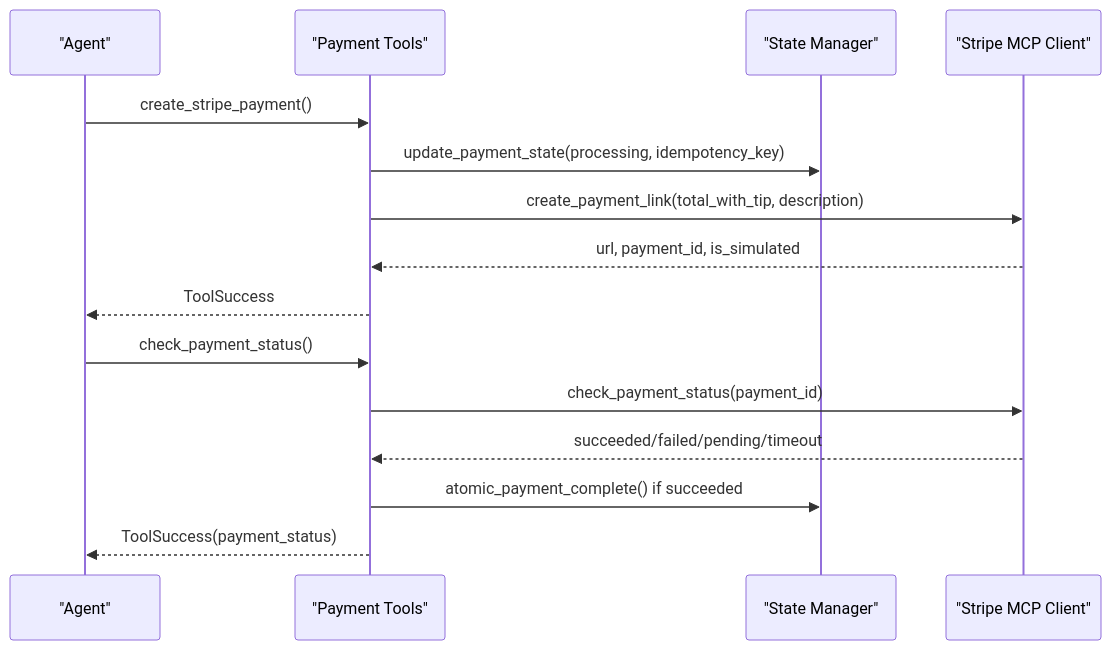
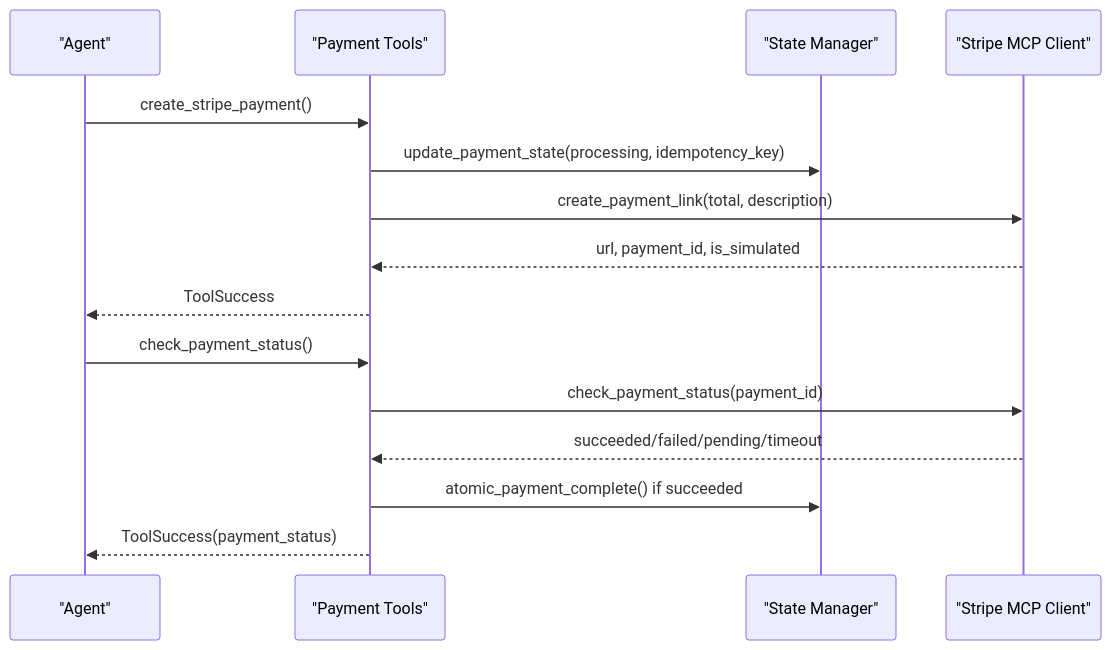
The fifth of 6 diagrams in .qoder/repowiki/en/content/Payment Processing System/Payment Workflow.md (MOK-5-ha/MayaMCP), drawn with Mermaid before and after one commit. The commit also changed other lines of this file and 27 other files, not shown here.

````diff
--- a/.qoder/repowiki/en/content/Payment Processing System/Payment Workflow.md
+++ b/.qoder/repowiki/en/content/Payment Processing System/Payment Workflow.md
@@ -244,17 +252,17 @@
 ```mermaid
 sequenceDiagram
 participant Agent as "Agent"
 participant Tools as "Payment Tools"
 participant State as "State Manager"
 participant Stripe as "Stripe MCP Client"
 Agent->>Tools : create_stripe_payment()
 Tools->>State : update_payment_state(processing, idempotency_key)
-Tools->>Stripe : create_payment_link(total_with_tip, description)
+Tools->>Stripe : create_payment_link(total, description)
 Stripe-->>Tools : url, payment_id, is_simulated
 Tools-->>Agent : ToolSuccess
 Agent->>Tools : check_payment_status()
 Tools->>Stripe : check_payment_status(payment_id)
 Stripe-->>Tools : succeeded/failed/pending/timeout
 Tools->>State : atomic_payment_complete() if succeeded
 Tools-->>Agent : ToolSuccess(payment_status)
 ```
````
